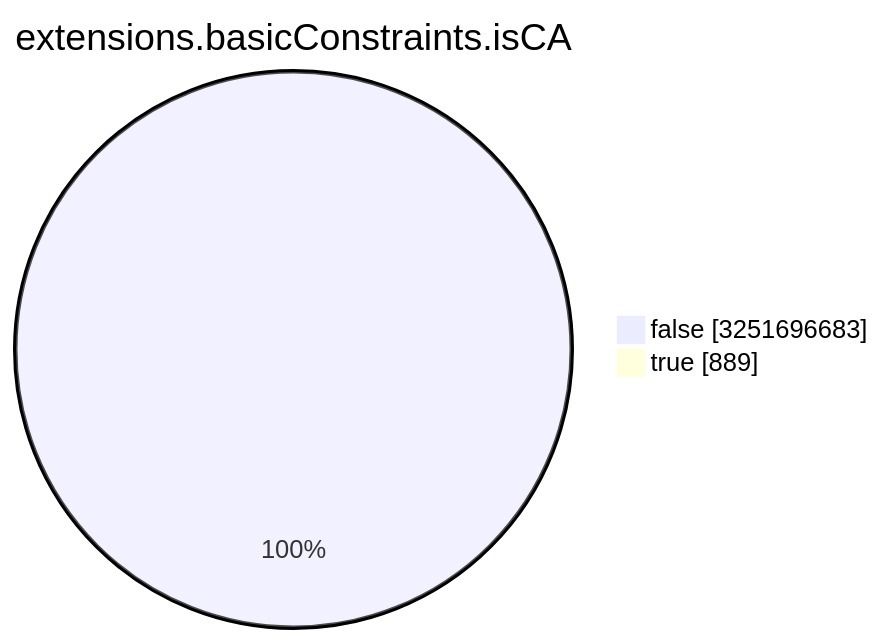
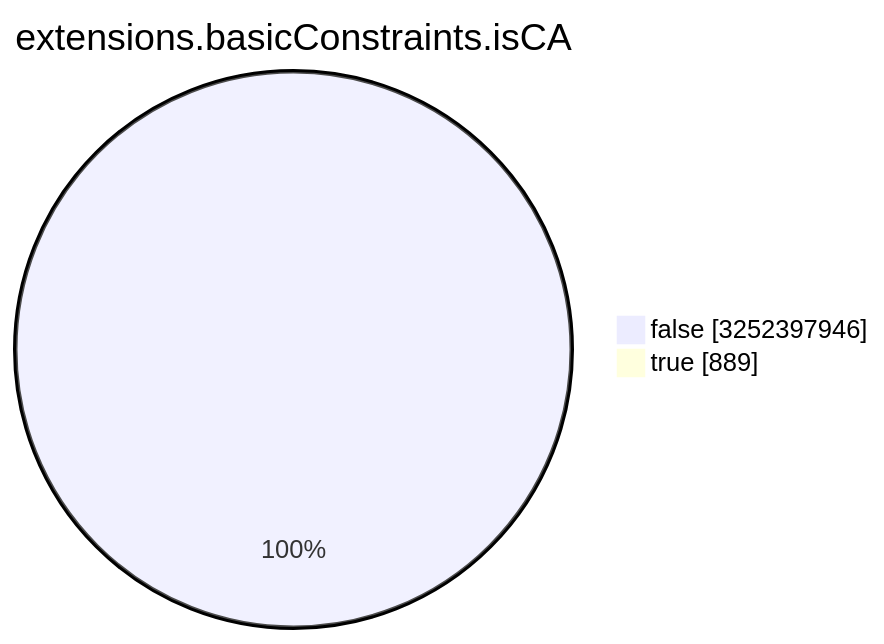
Before and after one commit to christiankrug/ctmonitor_visualization: the seventh of 15 diagrams in TOTAL/README.md, drawn with Mermaid. The commit also changed other lines of this file, not shown here.

````diff
--- a/TOTAL/README.md
+++ b/TOTAL/README.md
@@ -3088,6 +3088,6 @@
 ```mermaid
 pie showData
 title extensions.basicConstraints.isCA
-"false" :3251696683
+"false" :3252397946
 "true" :889
 ```
````
